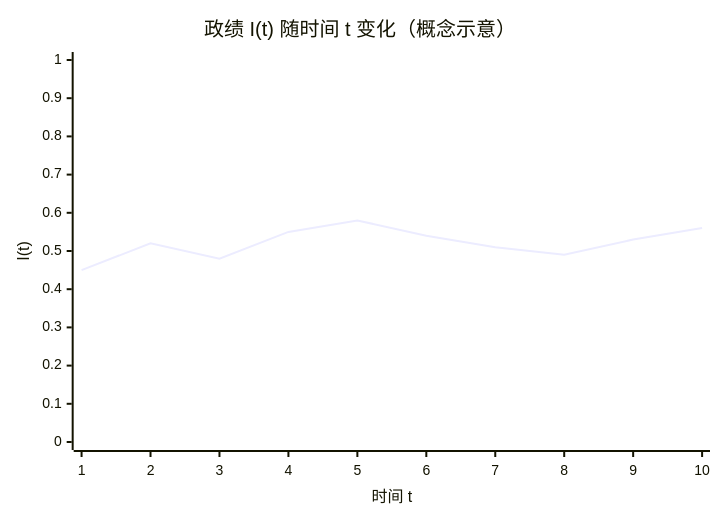
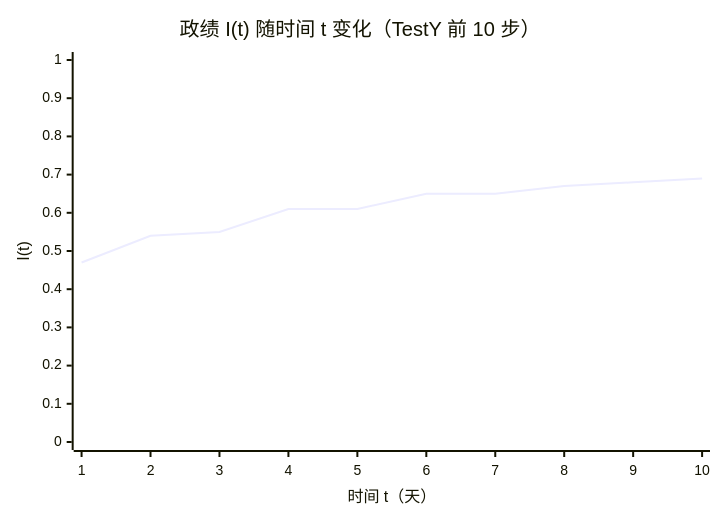
Before and after one commit to zeusro/system: the fifth of 6 diagrams in function/local/n/china/shantou/readme.zh.md, drawn with Mermaid. The commit also changed other lines of this file and 1 other file, not shown here.

````diff
--- a/function/local/n/china/shantou/readme.zh.md
+++ b/function/local/n/china/shantou/readme.zh.md
@@ -251,7 +253,7 @@
 ```mermaid
 xychart-beta
-    title "政绩 I(t) 随时间 t 变化（概念示意）"
-    x-axis "时间 t" [1, 2, 3, 4, 5, 6, 7, 8, 9, 10]
+    title "政绩 I(t) 随时间 t 变化（TestY 前 10 步）"
+    x-axis "时间 t（天）" [1, 2, 3, 4, 5, 6, 7, 8, 9, 10]
     y-axis "I(t)" 0 --> 1
-    line [0.45, 0.52, 0.48, 0.55, 0.58, 0.54, 0.51, 0.49, 0.53, 0.56]
+    line [0.47, 0.54, 0.55, 0.61, 0.61, 0.65, 0.65, 0.67, 0.68, 0.69]
 ```
````
